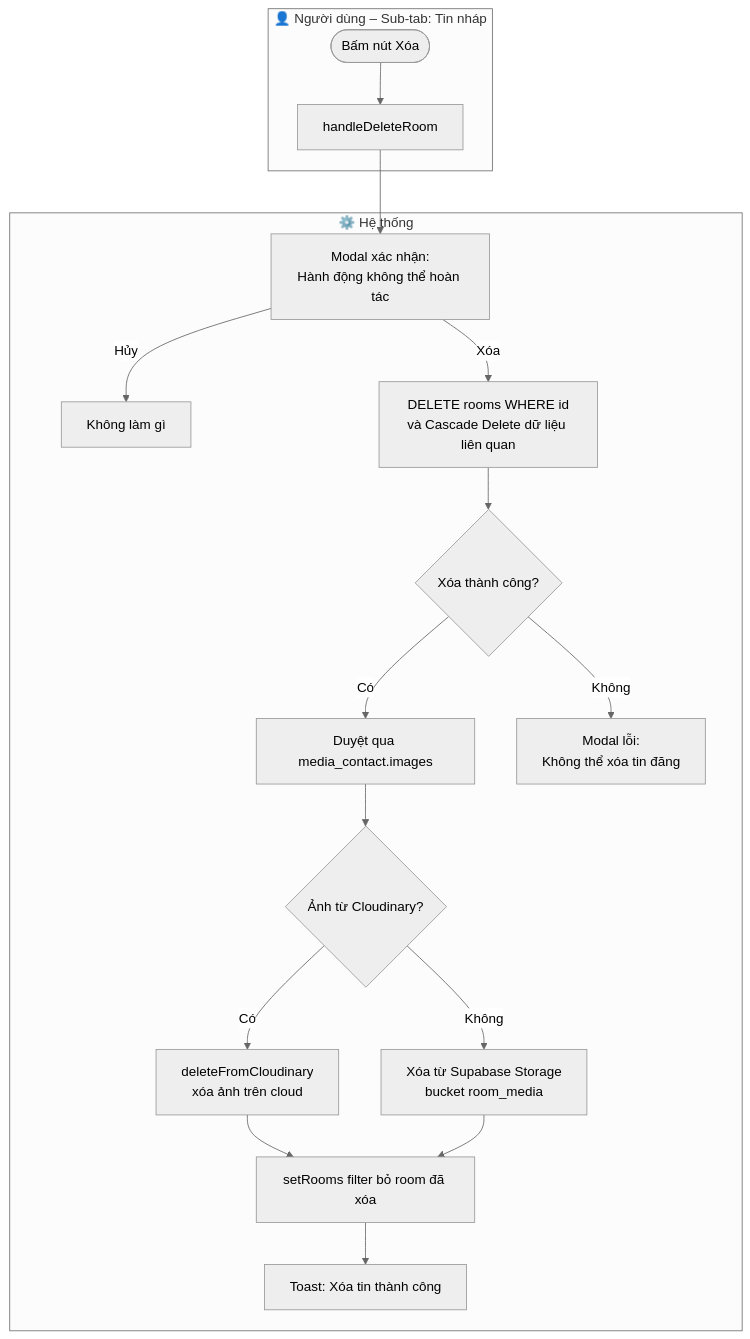
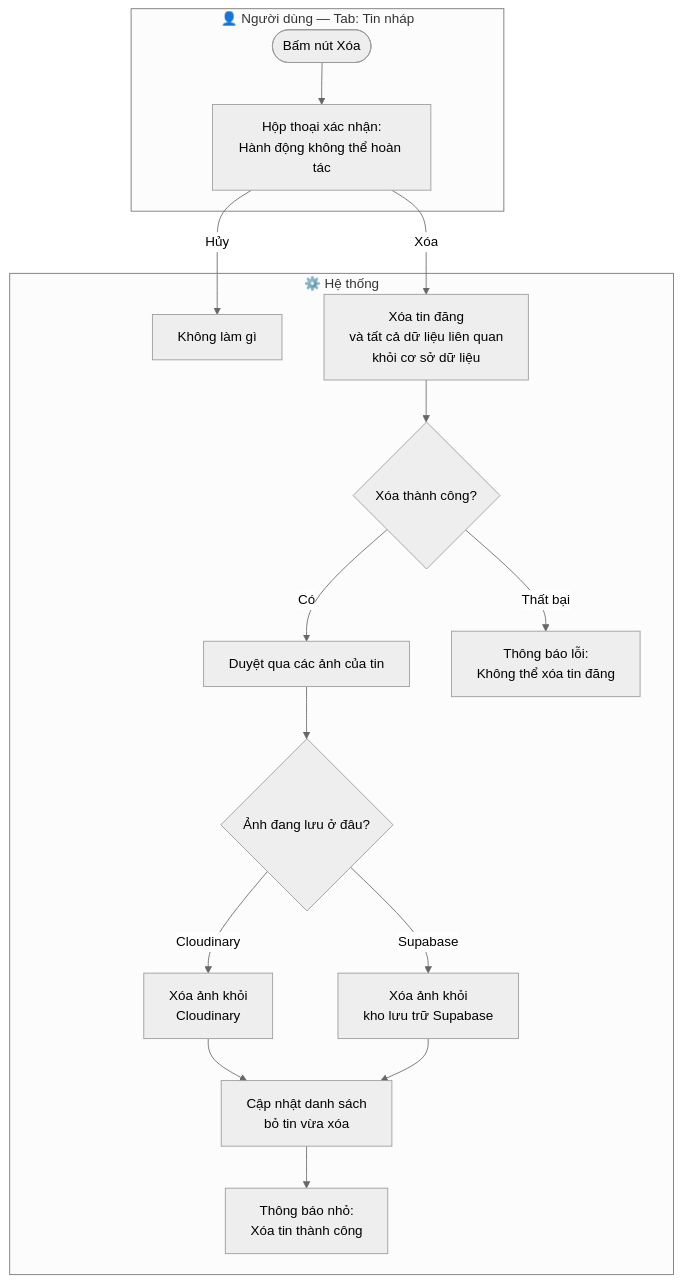
One commit to natelyt12/trotot changed the seventh of 9 diagrams in prj_workflows/04_dashboard_workflow.md. Above: the diagram before and after it, drawn with Mermaid (neutral theme). The commit also changed other lines of this file and 5 other files, not shown here.

````diff
--- a/prj_workflows/04_dashboard_workflow.md
+++ b/prj_workflows/04_dashboard_workflow.md
@@ -175,20 +175,19 @@
 ```mermaid
 flowchart TD
-    subgraph USER["👤 Người dùng – Sub-tab: Tin nháp"]
-        A([Bấm nút Xóa]) --> B[handleDeleteRoom]
+    subgraph USER["👤 Người dùng — Tab: Tin nháp"]
+        A([Bấm nút Xóa]) --> B[Hộp thoại xác nhận:\nHành động không thể hoàn tác]
     end
 
     subgraph SYSTEM["⚙️ Hệ thống"]
-        B --> C[Modal xác nhận:\nHành động không thể hoàn tác]
-        C --> |Hủy| D[Không làm gì]
-        C --> |Xóa| E[DELETE rooms WHERE id\nvà Cascade Delete dữ liệu liên quan]
-        E --> F{Xóa thành công?}
-        F -- Có --> G[Duyệt qua media_contact.images]
-        G --> H{Ảnh từ Cloudinary?}
-        H -- Có --> I[deleteFromCloudinary\nxóa ảnh trên cloud]
-        H -- Không --> J[Xóa từ Supabase Storage\nbucket room_media]
-        I & J --> K[setRooms filter bỏ room đã xóa]
-        K --> L[Toast: Xóa tin thành công]
-        F -- Không --> M[Modal lỗi:\nKhông thể xóa tin đăng]
+        B --> |Hủy| C[Không làm gì]
+        B --> |Xóa| D[Xóa tin đăng\nvà tất cả dữ liệu liên quan\nkhỏi cơ sở dữ liệu]
+        D --> E{Xóa thành công?}
+        E -- Có --> F[Duyệt qua các ảnh của tin]
+        F --> G{Ảnh đang lưu ở đâu?}
+        G -- Cloudinary --> H[Xóa ảnh khỏi\nCloudinary]
+        G -- Supabase --> I[Xóa ảnh khỏi\nkho lưu trữ Supabase]
+        H & I --> J[Cập nhật danh sách\nbỏ tin vừa xóa]
+        J --> K[Thông báo nhỏ:\nXóa tin thành công]
+        E -- Thất bại --> L[Thông báo lỗi:\nKhông thể xóa tin đăng]
     end
 ```
````
